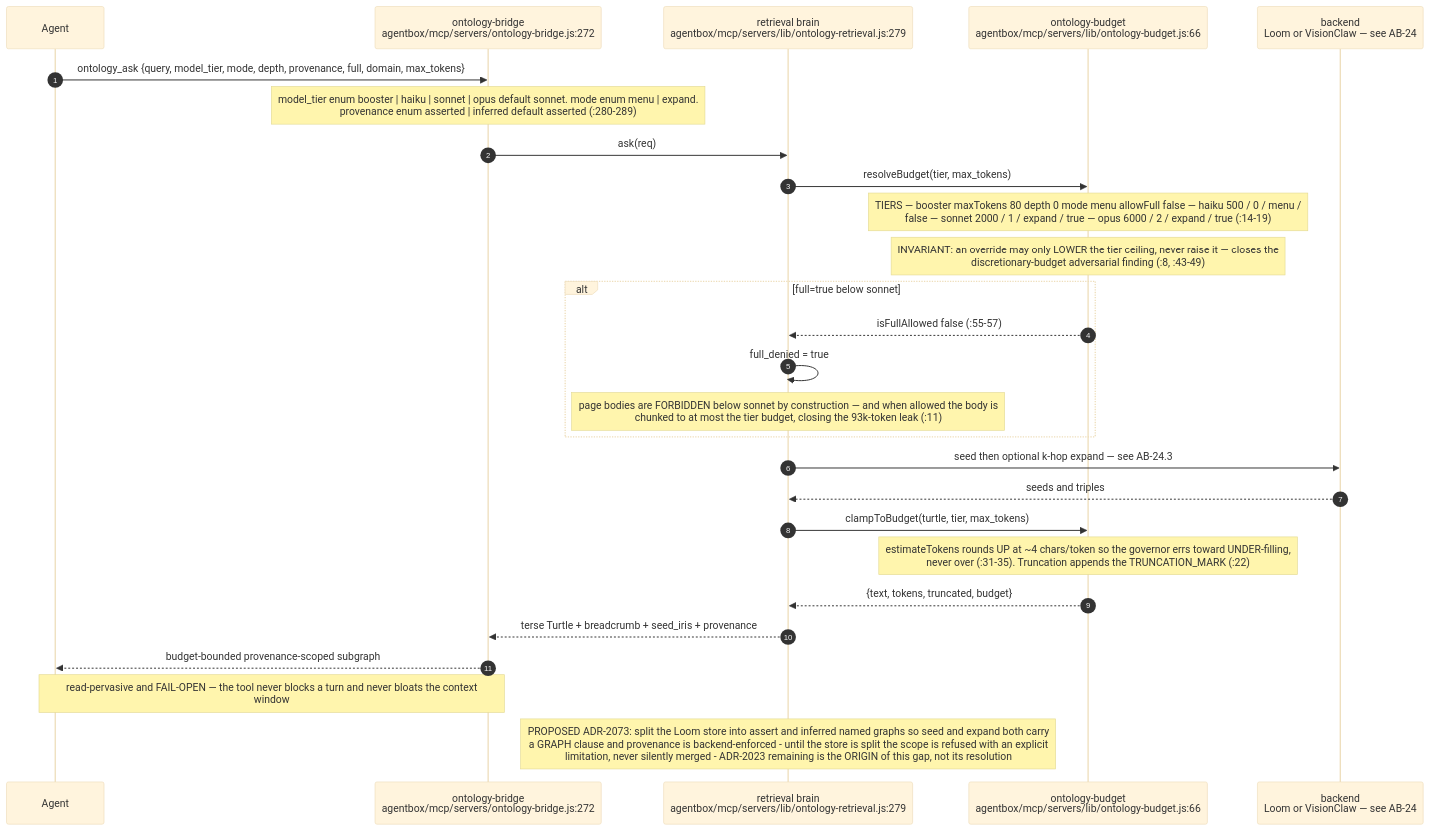
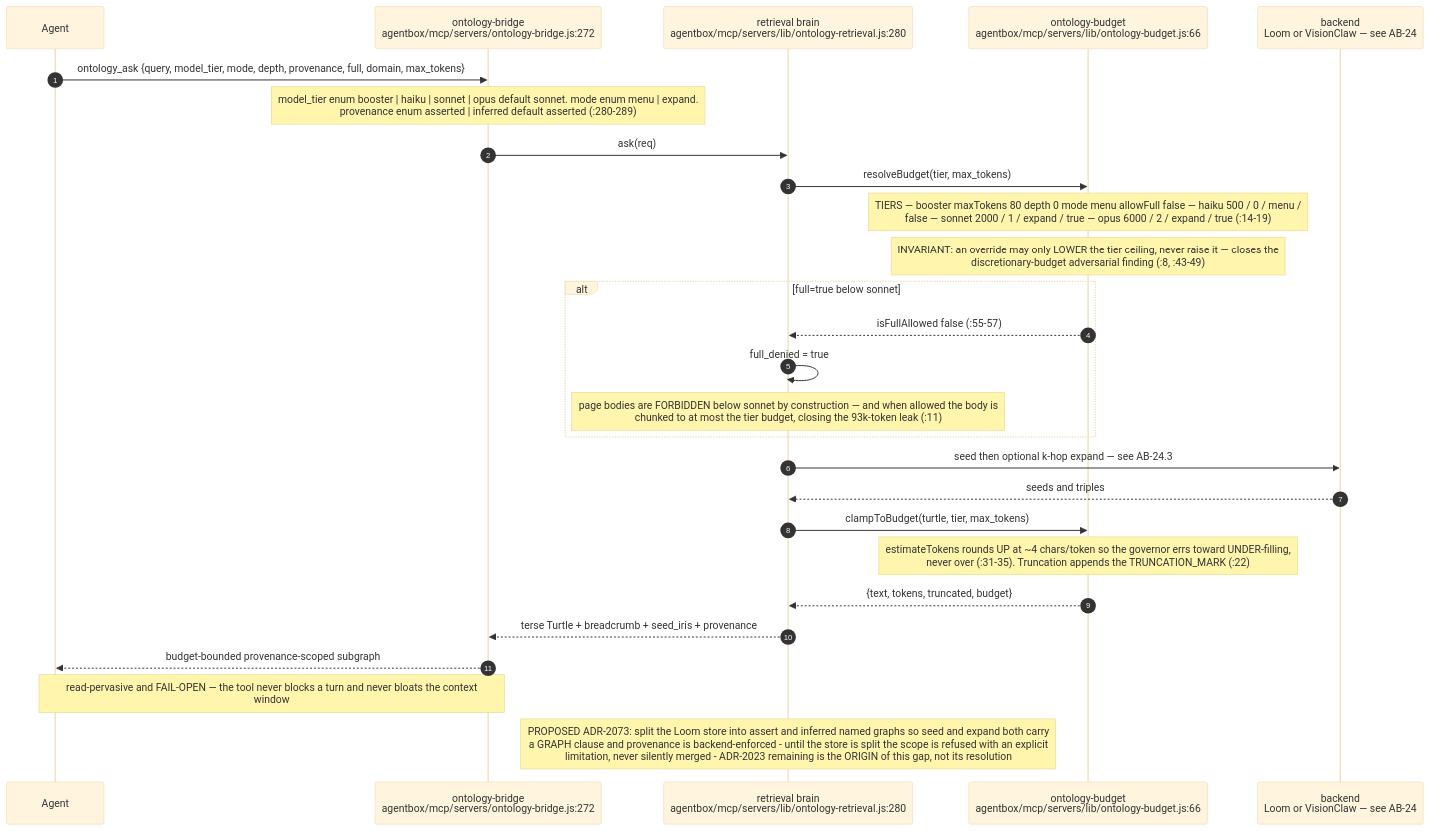
One commit to DreamLab-AI/VisionFlow changed the second of 12 diagrams in docs/diagrams/agentbox/25-ontology-tools-and-governed-writes.md. Above: the diagram before and after it, drawn with Mermaid (base theme). The commit also changed 52 other files, not shown here.

First line of the commit message:
docs(diagrams): wave 3 checkpoint — bare line refs resolved, revision-pinned cite-check, VC-05/AB-01..13 re-attested

````diff
--- a/docs/diagrams/agentbox/25-ontology-tools-and-governed-writes.md
+++ b/docs/diagrams/agentbox/25-ontology-tools-and-governed-writes.md
@@ -78,30 +78,30 @@
 ```mermaid
 sequenceDiagram
     autonumber
     participant AG as Agent
     participant BR as ontology-bridge<br/>agentbox/mcp/servers/ontology-bridge.js:272
-    participant RET as retrieval brain<br/>agentbox/mcp/servers/lib/ontology-retrieval.js:279
+    participant RET as retrieval brain<br/>agentbox/mcp/servers/lib/ontology-retrieval.js:280
     participant BUD as ontology-budget<br/>agentbox/mcp/servers/lib/ontology-budget.js:66
     participant BE as backend<br/>Loom or VisionClaw — see AB-24
 
     AG->>BR: ontology_ask {query, model_tier, mode, depth, provenance, full, domain, max_tokens}
     Note over BR: model_tier enum booster | haiku | sonnet | opus default sonnet. mode enum menu | expand.<br/>provenance enum asserted | inferred default asserted (:280-289)
     BR->>RET: ask(req)
     RET->>BUD: resolveBudget(tier, max_tokens)
     Note over BUD: TIERS — booster maxTokens 80 depth 0 mode menu allowFull false — haiku 500 / 0 / menu /<br/>false — sonnet 2000 / 1 / expand / true — opus 6000 / 2 / expand / true (:14-19)
     Note over BUD: INVARIANT: an override may only LOWER the tier ceiling, never raise it — closes the<br/>discretionary-budget adversarial finding (:8, :43-49)
     alt full=true below sonnet
         BUD-->>RET: isFullAllowed false (:55-57)
         RET->>RET: full_denied = true
         Note over RET: page bodies are FORBIDDEN below sonnet by construction — and when allowed the body is<br/>chunked to at most the tier budget, closing the 93k-token leak (:11)
     end
     RET->>BE: seed then optional k-hop expand — see AB-24.3
     BE-->>RET: seeds and triples
     RET->>BUD: clampToBudget(turtle, tier, max_tokens)
     Note over BUD: estimateTokens rounds UP at ~4 chars/token so the governor errs toward UNDER-filling,<br/>never over (:31-35). Truncation appends the TRUNCATION_MARK (:22)
     BUD-->>RET: {text, tokens, truncated, budget}
     RET-->>BR: terse Turtle + breadcrumb + seed_iris + provenance
     BR-->>AG: budget-bounded provenance-scoped subgraph
     Note over AG,BR: read-pervasive and FAIL-OPEN — the tool never blocks a turn and never bloats the context<br/>window
     Note over RET: PROPOSED ADR-2073: split the Loom store into assert and inferred named graphs so seed and expand both carry<br/>a GRAPH clause and provenance is backend-enforced - until the store is split the scope is refused with an explicit<br/>limitation, never silently merged - ADR-2023 remaining is the ORIGIN of this gap, not its resolution
 ```
````
